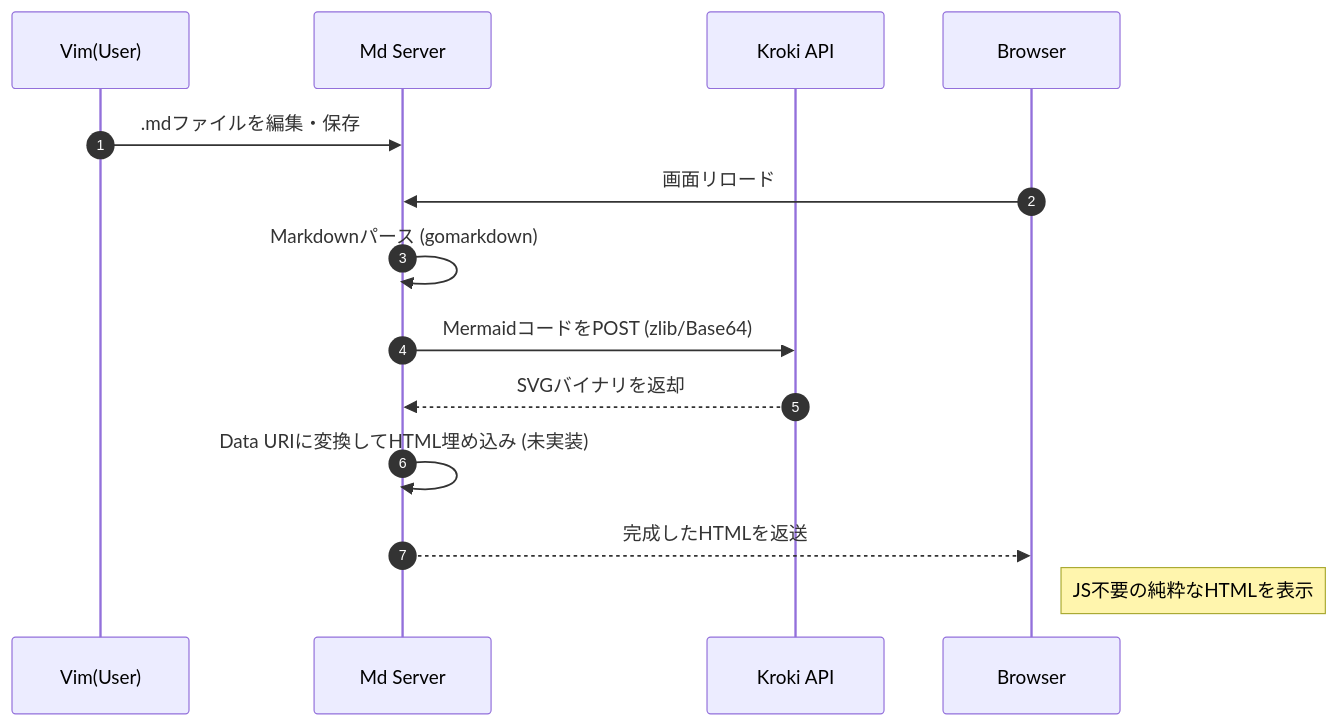
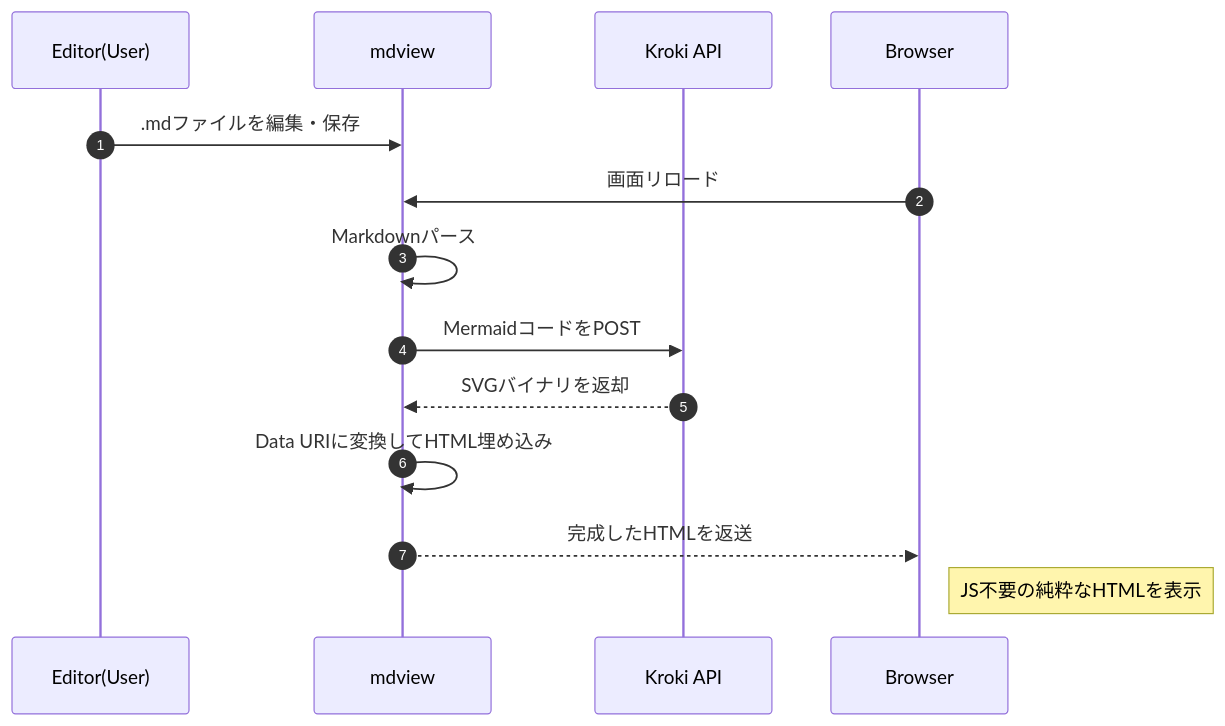
One commit to mseidou/mdview changed the diagram in README.md. Above: the diagram before and after it, drawn with Mermaid. The commit also changed other lines of this file and 1 other file, not shown here.

````diff
--- a/README.md
+++ b/README.md
@@ -8,17 +30,17 @@
 ```mermaid
 sequenceDiagram
     autonumber
-    participant V as Vim(User)
-    participant S as Md Server
+    participant V as Editor(User)
+    participant S as mdview
     participant K as Kroki API
     participant B as Browser
 
     V->>S: .mdファイルを編集・保存
     B->>S: 画面リロード
-    S->>S: Markdownパース (gomarkdown)
-    S->>K: MermaidコードをPOST (zlib/Base64)
+    S->>S: Markdownパース
+    S->>K: MermaidコードをPOST
     K-->>S: SVGバイナリを返却
-    S->>S: Data URIに変換してHTML埋め込み (未実装)
+    S->>S: Data URIに変換してHTML埋め込み
     S-->>B: 完成したHTMLを返送
     Note right of B: JS不要の純粋なHTMLを表示
 ```
````
